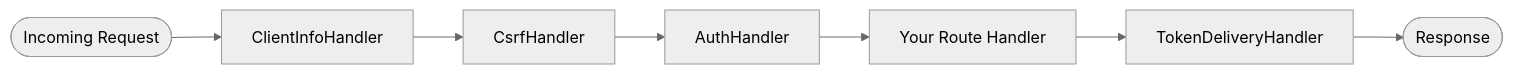
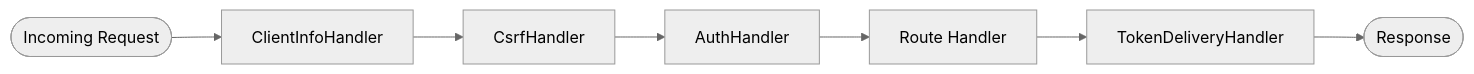
One commit to noorixorg/nauth-toolkit changed the second of 2 diagrams in nauth-docs/docs/concepts/how-it-works.md. Above: the diagram before and after it, drawn with Mermaid (neutral theme). The commit also changed other lines of this file and 110 other files, not shown here.

````diff
--- a/nauth-docs/docs/concepts/how-it-works.md
+++ b/nauth-docs/docs/concepts/how-it-works.md
@@ -179,12 +148,12 @@
 ```mermaid
 graph LR
     REQ(["Incoming Request"])
     CI["ClientInfoHandler"]
     CSRF["CsrfHandler"]
     AUTH["AuthHandler"]
-    ROUTE["Your Route Handler"]
+    ROUTE["Route Handler"]
     TD["TokenDeliveryHandler"]
     RES(["Response"])
 
     REQ --> CI --> CSRF --> AUTH --> ROUTE --> TD --> RES
 ```
````
